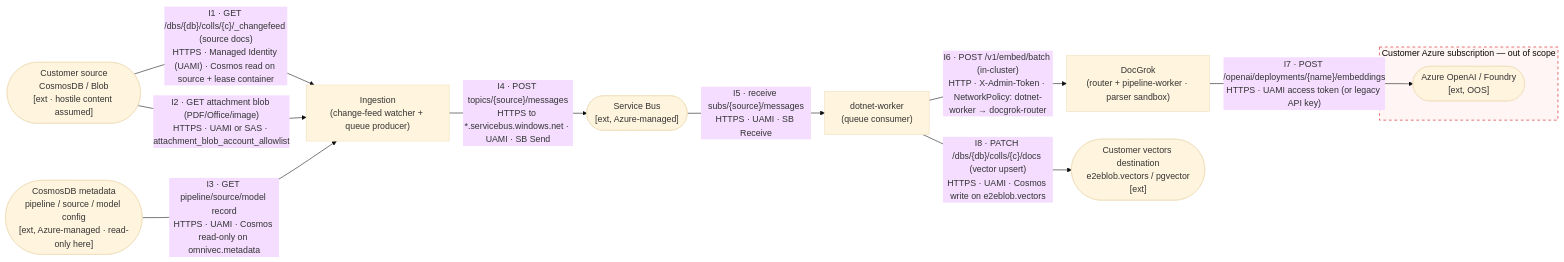
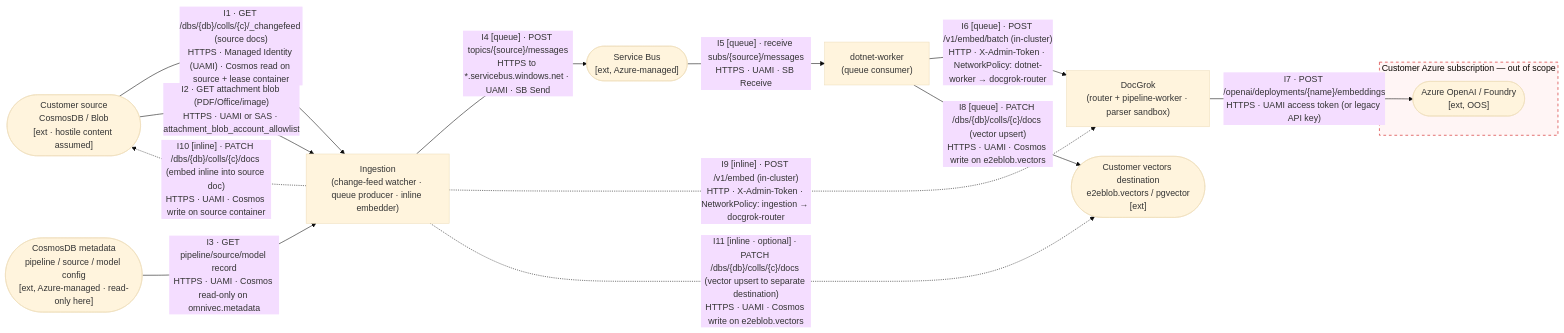
One commit to AzureCosmosDB/OmniVec changed the fourth of 5 diagrams in docs/security/threat-model.md. Above: the diagram before and after it, drawn with Mermaid (base theme). The commit also changed other lines of this file and 2 other files, not shown here.

First line of the commit message:
threat-model: add inline ingestion mode (Ingestor → DocGrok → source doc) to §3.4 + tm7

````diff
--- a/docs/security/threat-model.md
+++ b/docs/security/threat-model.md
@@ -230,25 +234,30 @@
 ```mermaid
 flowchart LR
   csrc(["Customer source<br/>CosmosDB / Blob<br/>[ext · hostile content assumed]"])
   cmeta(["CosmosDB metadata<br/>pipeline / source / model config<br/>[ext, Azure-managed · read-only here]"])
-  ingest["Ingestion<br/>(change-feed watcher + queue producer)"]
+  ingest["Ingestion<br/>(change-feed watcher · queue producer · inline embedder)"]
   sb(["Service Bus<br/>[ext, Azure-managed]"])
   worker["dotnet-worker<br/>(queue consumer)"]
   docgrok["DocGrok<br/>(router + pipeline-worker · parser sandbox)"]
   cvec(["Customer vectors destination<br/>e2eblob.vectors / pgvector<br/>[ext]"])
 
   subgraph custsub["Customer Azure subscription — out of scope"]
     foundry(["Azure OpenAI / Foundry<br/>[ext, OOS]"])
   end
 
   csrc -->|"I1 · GET /dbs/{db}/colls/{c}/_changefeed (source docs)<br/>HTTPS · Managed Identity (UAMI) · Cosmos read on source + lease container"| ingest
   csrc -->|"I2 · GET attachment blob (PDF/Office/image)<br/>HTTPS · UAMI or SAS · attachment_blob_account_allowlist"| ingest
   cmeta -->|"I3 · GET pipeline/source/model record<br/>HTTPS · UAMI · Cosmos read-only on omnivec.metadata"| ingest
-  ingest -->|"I4 · POST topics/{source}/messages<br/>HTTPS to *.servicebus.windows.net · UAMI · SB Send"| sb
-  sb -->|"I5 · receive subs/{source}/messages<br/>HTTPS · UAMI · SB Receive"| worker
-  worker -->|"I6 · POST /v1/embed/batch (in-cluster)<br/>HTTP · X-Admin-Token · NetworkPolicy: dotnet-worker → docgrok-router"| docgrok
+
+  ingest -->|"I4 [queue] · POST topics/{source}/messages<br/>HTTPS to *.servicebus.windows.net · UAMI · SB Send"| sb
+  sb -->|"I5 [queue] · receive subs/{source}/messages<br/>HTTPS · UAMI · SB Receive"| worker
+  worker -->|"I6 [queue] · POST /v1/embed/batch (in-cluster)<br/>HTTP · X-Admin-Token · NetworkPolicy: dotnet-worker → docgrok-router"| docgrok
   docgrok -->|"I7 · POST /openai/deployments/{name}/embeddings<br/>HTTPS · UAMI access token (or legacy API key)"| foundry
-  worker -->|"I8 · PATCH /dbs/{db}/colls/{c}/docs (vector upsert)<br/>HTTPS · UAMI · Cosmos write on e2eblob.vectors"| cvec
+  worker -->|"I8 [queue] · PATCH /dbs/{db}/colls/{c}/docs (vector upsert)<br/>HTTPS · UAMI · Cosmos write on e2eblob.vectors"| cvec
+
+  ingest -.->|"I9 [inline] · POST /v1/embed (in-cluster)<br/>HTTP · X-Admin-Token · NetworkPolicy: ingestion → docgrok-router"| docgrok
+  ingest -.->|"I10 [inline] · PATCH /dbs/{db}/colls/{c}/docs (embed inline into source doc)<br/>HTTPS · UAMI · Cosmos write on source container"| csrc
+  ingest -.->|"I11 [inline · optional] · PATCH /dbs/{db}/colls/{c}/docs (vector upsert to separate destination)<br/>HTTPS · UAMI · Cosmos write on e2eblob.vectors"| cvec
 
   style custsub fill:#fff5f5,stroke:#c00,stroke-dasharray: 5 5
 ```
````
